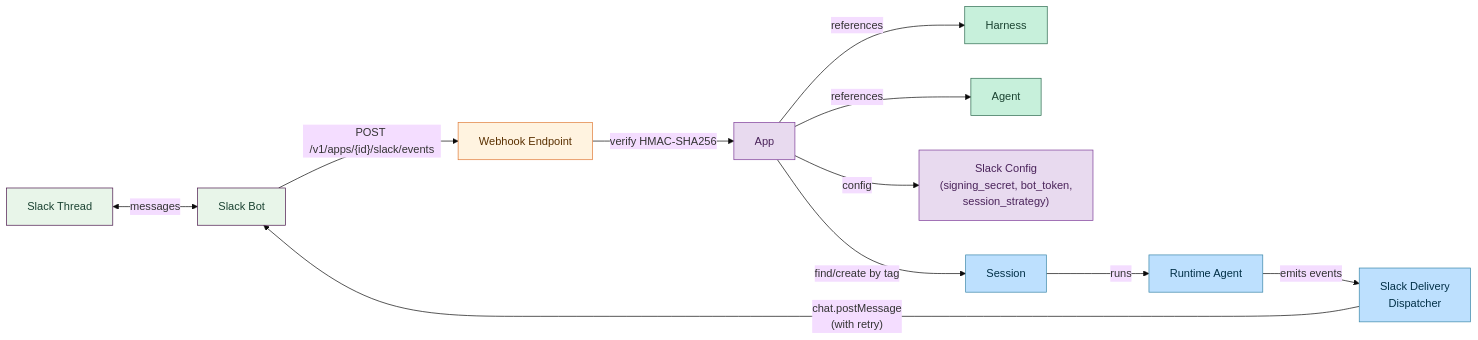
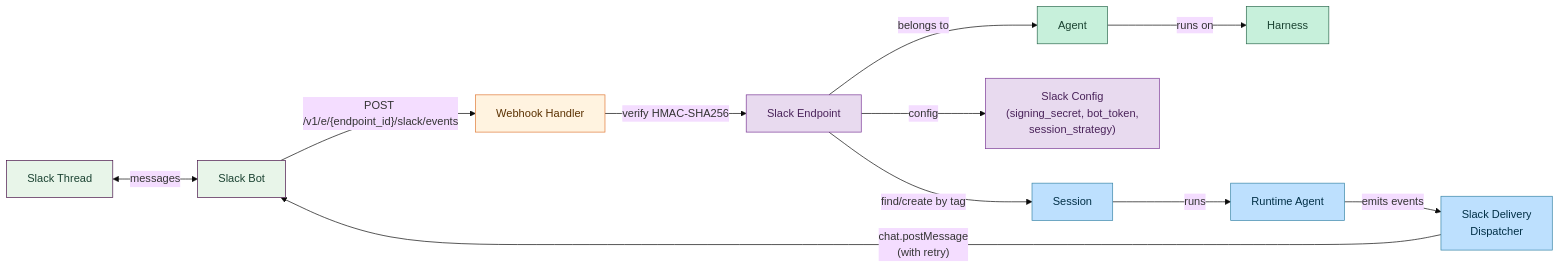
The diagram in docs/images/integrations/slack-architecture.mmd (everruns/everruns), drawn with Mermaid (base theme) before and after one commit. The commit also changed 18 other files, not shown here.

Commit message:
docs(slack): document endpoint setup — Fixes EVE-1052

```diff
--- a/docs/images/integrations/slack-architecture.mmd
+++ b/docs/images/integrations/slack-architecture.mmd
@@ -1,23 +1,23 @@
 graph LR
     Thread["Slack Thread"] <-->|messages| Bot["Slack Bot"]
-    Bot -->|"POST /v1/apps/{id}/slack/events"| Webhook["Webhook Endpoint"]
-    Webhook -->|"verify HMAC-SHA256"| App
-    App -->|references| Harness
-    App -->|references| Agent
-    App -->|config| SlackConfig["Slack Config<br/>(signing_secret, bot_token,<br/>session_strategy)"]
-    App -->|"find/create by tag"| Session
+    Bot -->|"POST /v1/e/{endpoint_id}/slack/events"| Webhook["Webhook Handler"]
+    Webhook -->|"verify HMAC-SHA256"| Endpoint["Slack Endpoint"]
+    Endpoint -->|belongs to| Agent
+    Agent -->|runs on| Harness
+    Endpoint -->|config| SlackConfig["Slack Config<br/>(signing_secret, bot_token,<br/>session_strategy)"]
+    Endpoint -->|"find/create by tag"| Session
     Session -->|runs| RuntimeAgent["Runtime Agent"]
     RuntimeAgent -->|emits events| Dispatcher["Slack Delivery<br/>Dispatcher"]
     Dispatcher -->|"chat.postMessage<br/>(with retry)"| Bot
 
     classDef slack fill:#e8f5e9,stroke:#4a154b,color:#1b4332
     classDef security fill:#fff3e0,stroke:#e07b39,color:#5a3000
     classDef app fill:#e8daef,stroke:#7d3c98,color:#4a235a
     classDef config fill:#c7f0db,stroke:#2d6a4f,color:#1b4332
     classDef runtime fill:#bde0fe,stroke:#3a86a8,color:#023047
 
     class Thread,Bot slack
     class Webhook security
-    class App,SlackConfig app
+    class Endpoint,SlackConfig app
     class Harness,Agent config
     class Session,RuntimeAgent,Dispatcher runtime
```
